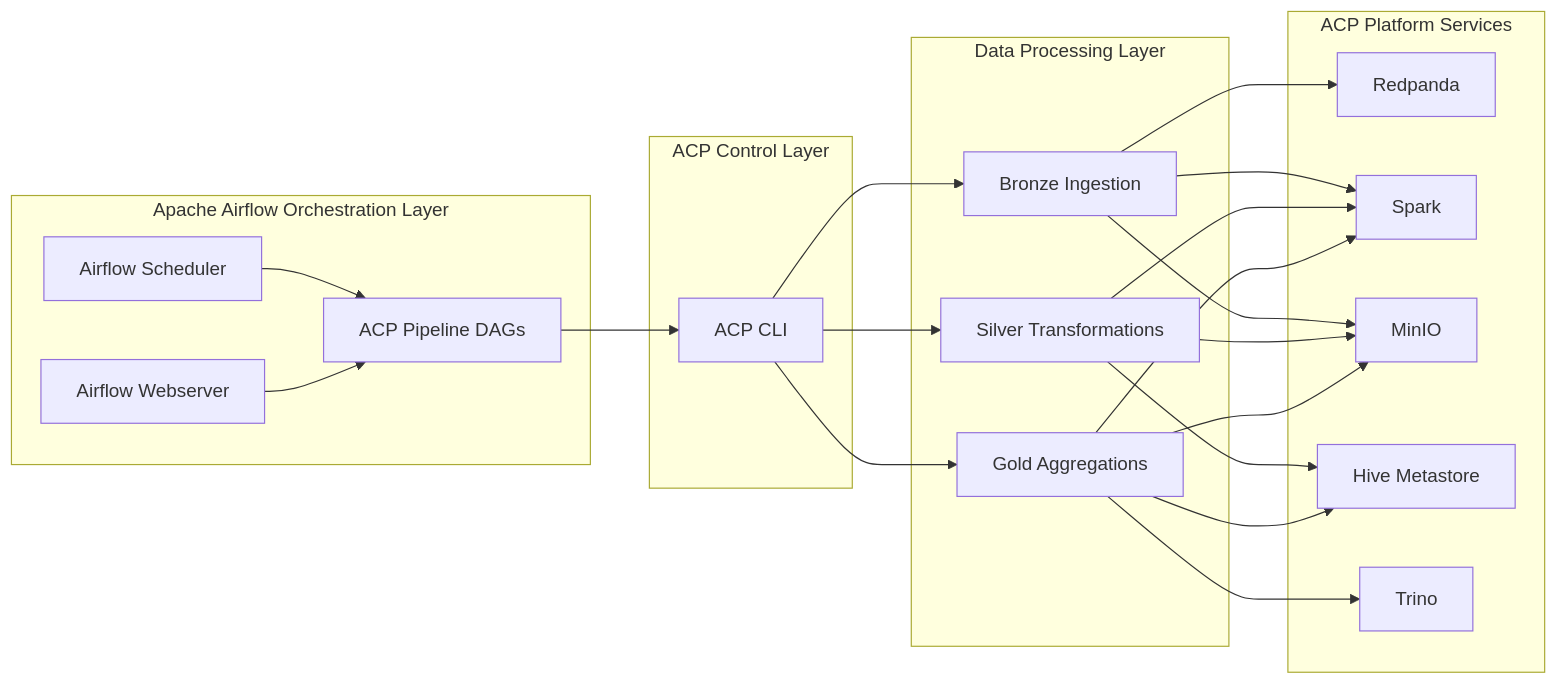
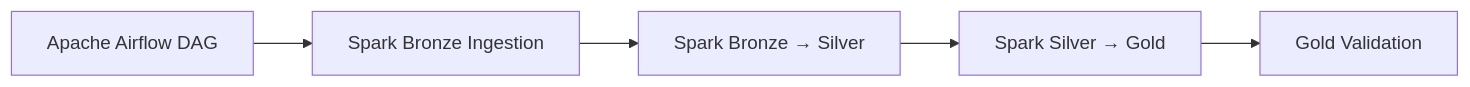
Before and after one commit to Alexander-Kershaw/Aether-Cloud-Platform: the ninth of 10 diagrams in docs/architecture.md, drawn with Mermaid. The commit also changed other lines of this file, not shown here.

Commit message:
Updated architecture documentation to have more detail on Apache Airflow orchestration integration into ACP

````diff
--- a/docs/architecture.md
+++ b/docs/architecture.md
@@ -566,49 +587,12 @@
 ```mermaid
 flowchart LR
 
-    subgraph Orchestration["Apache Airflow Orchestration Layer"]
-        A[Airflow Scheduler]
-        B[Airflow Webserver]
-        C[ACP Pipeline DAGs]
-    end
+A[Apache Airflow DAG]
+B[Spark Bronze Ingestion]
+C[Spark Bronze → Silver]
+D[Spark Silver → Gold]
+E[Gold Validation]
 
-    subgraph Control["ACP Control Layer"]
-        D[ACP CLI]
-    end
-
-    subgraph Processing["Data Processing Layer"]
-        E[Bronze Ingestion]
-        F[Silver Transformations]
-        G[Gold Aggregations]
-    end
-
-    subgraph Platform["ACP Platform Services"]
-        H[Redpanda]
-        I[Spark]
-        J[MinIO]
-        K[Hive Metastore]
-        L[Trino]
-    end
-
-    A --> C
-    B --> C
-    C --> D
-
-    D --> E
-    D --> F
-    D --> G
-
-    E --> H
-    E --> I
-    E --> J
-
-    F --> I
-    F --> J
-    F --> K
-
-    G --> I
-    G --> J
-    G --> K
-    G --> L
+A --> B --> C --> D --> E
 
 ```
````
